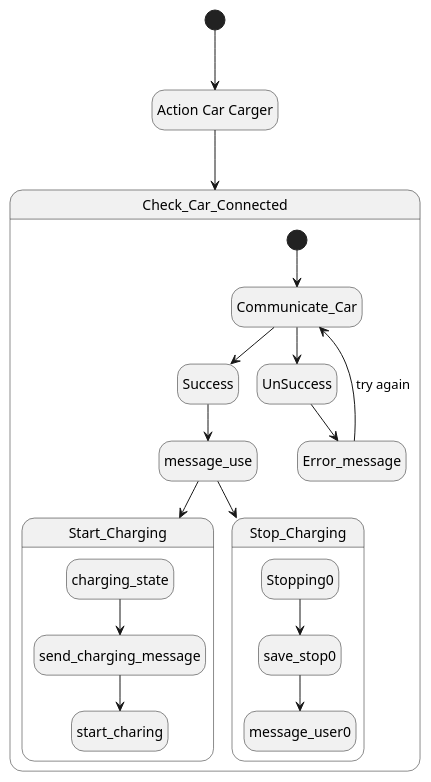
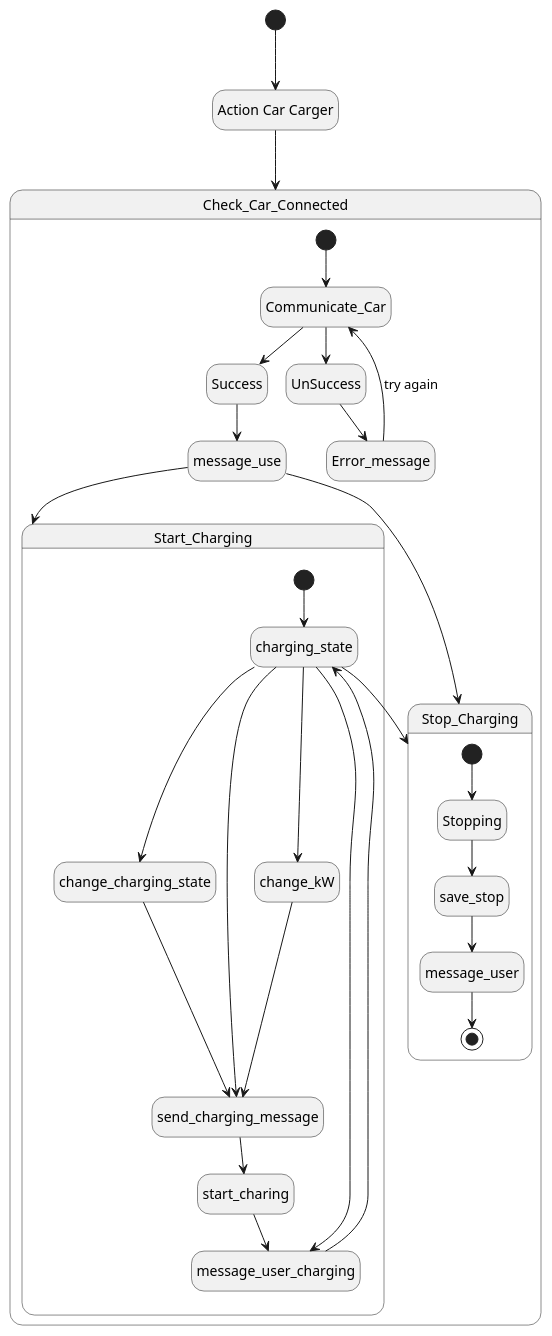
One commit to StefanBStrand/SETGruppe11HIOF changed the diagram in Diagrams/ActionCarCharger.puml. Above: the diagram before and after it, drawn with PlantUML.

Commit message:
Endret tilstander plasseringer i carcharger tilstandsdiagram.

```diff
--- a/Diagrams/ActionCarCharger.puml
+++ b/Diagrams/ActionCarCharger.puml
@@ -1,37 +1,49 @@
 @startuml
 'https://plantuml.com/state-diagram
 
 hide empty description
 
 state "Action Car Carger" as actioncarcharg
 [*] --> actioncarcharg
 
 state Check_Car_Connected {
 [*] --> Communicate_Car
 Communicate_Car --> Success
 Communicate_Car --> UnSuccess
 UnSuccess --> Error_message
 Error_message --> Communicate_Car : try again
 Success --> message_use
 message_use --> Start_Charging
 message_use --> Stop_Charging
 }
 
 
 
 state Start_Charging {
+[*] --> charging_state
+charging_state --> change_charging_state
+change_charging_state --> send_charging_message
 charging_state --> send_charging_message
+charging_state --> change_kW
+change_kW --> send_charging_message
 send_charging_message --> start_charing
+start_charing --> message_user_charging
+message_user_charging --> charging_state
+charging_state --> message_user_charging
 }
 
 state Stop_Charging {
+[*] --> Stopping
 
-Stopping0 --> save_stop0
-save_stop0 --> message_user0
+Stopping --> save_stop
+save_stop --> message_user
+message_user --> [*]
 }
+
+charging_state --> Stop_Charging
 
 actioncarcharg --> Check_Car_Connected
 
 
 
 @enduml
```
